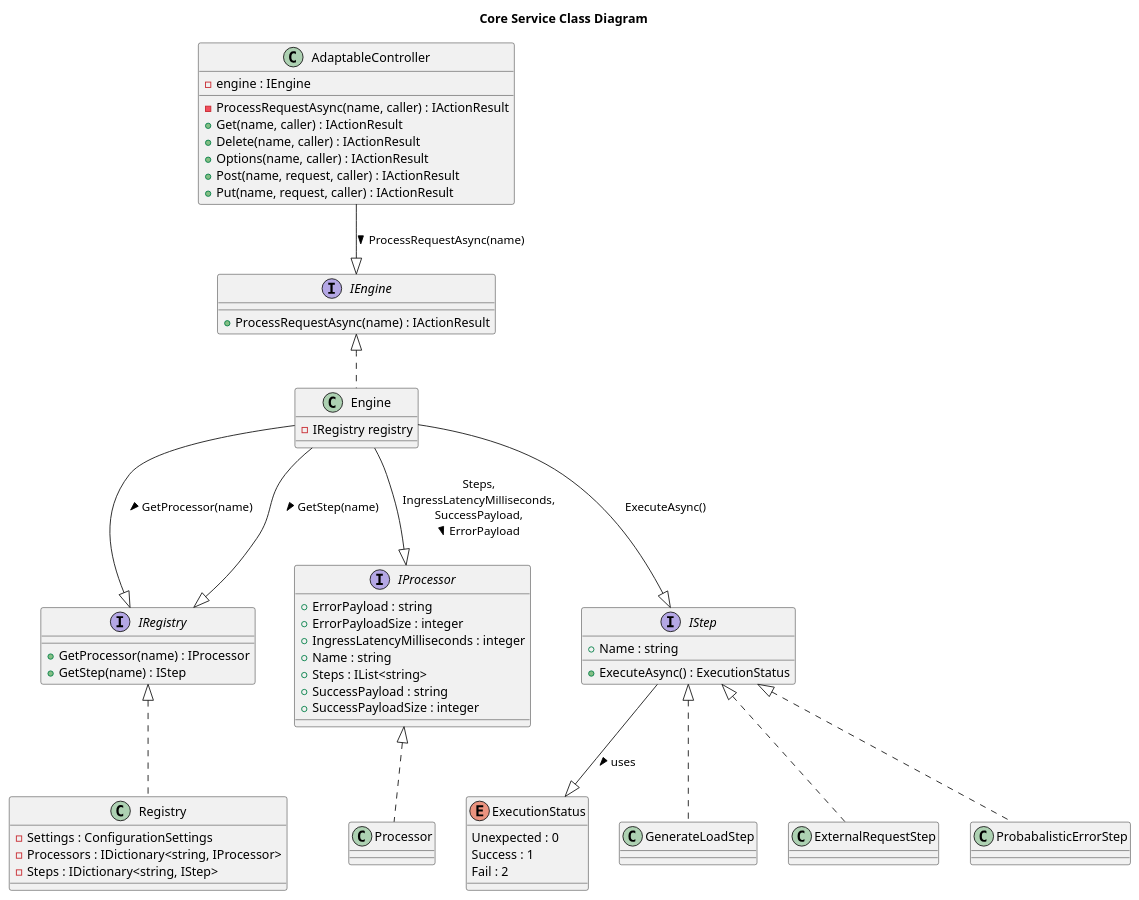
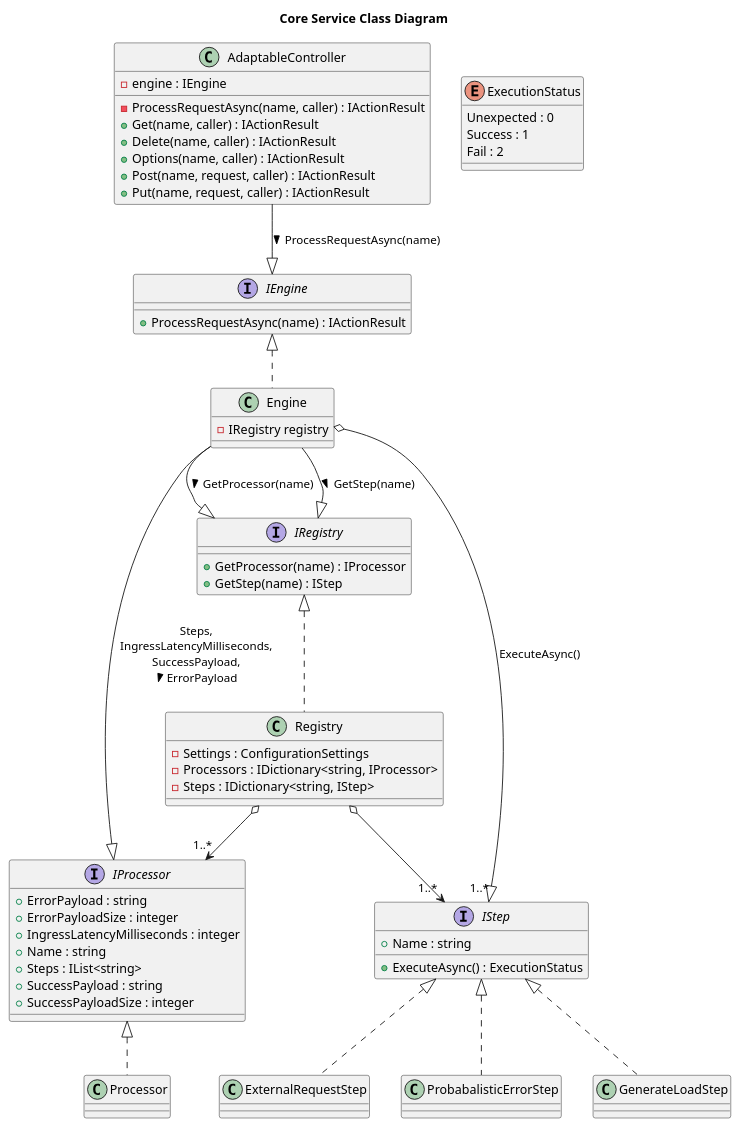
Before and after one commit to K-Cully/performance-of-microservices: the diagram in plantuml_diagrams/Class_Diagram_CoreService.wsd, drawn with PlantUML. The commit also changed 2 other files, not shown here.

Commit message:
AB#40 Update class diagram and remove redundant application level service overrides

```diff
--- a/plantuml_diagrams/Class_Diagram_CoreService.wsd
+++ b/plantuml_diagrams/Class_Diagram_CoreService.wsd
@@ -1,69 +1,70 @@
 @startuml
 title Core Service Class Diagram
 
 class AdaptableController {
     - engine : IEngine
     - ProcessRequestAsync(name, caller) : IActionResult
     + Get(name, caller) : IActionResult
     + Delete(name, caller) : IActionResult
     + Options(name, caller) : IActionResult
     + Post(name, request, caller) : IActionResult
     + Put(name, request, caller) : IActionResult
 }
 
 interface IEngine {
     + ProcessRequestAsync(name) : IActionResult
 }
 
 class Engine implements IEngine {
     - IRegistry registry
 }
 
 interface IRegistry {
     + GetProcessor(name) : IProcessor
     + GetStep(name) : IStep
 }
 
 class Registry implements IRegistry {
     - Settings : ConfigurationSettings
     - Processors : IDictionary<string, IProcessor>
     - Steps : IDictionary<string, IStep>
 }
 
 interface IProcessor {
     + ErrorPayload : string
     + ErrorPayloadSize : integer
     + IngressLatencyMilliseconds : integer
     + Name : string
     + Steps : IList<string>
     + SuccessPayload : string
     + SuccessPayloadSize : integer
 }
 
 class Processor implements IProcessor {
 }
 
 enum ExecutionStatus {
     Unexpected : 0
     Success : 1
     Fail : 2
 }
 
 interface IStep {
     + Name : string
     + ExecuteAsync() : ExecutionStatus
 }
 
-IStep --|> ExecutionStatus : uses >
-
 class GenerateLoadStep implements IStep
 class ExternalRequestStep implements IStep
 class ProbabalisticErrorStep implements IStep
 
 AdaptableController --|> IEngine : ProcessRequestAsync(name) >
 Engine --|> IRegistry : GetProcessor(name) >
 Engine --|> IProcessor : Steps,\nIngressLatencyMilliseconds,\nSuccessPayload,\nErrorPayload >
 Engine --|> IRegistry : GetStep(name) >
-Engine --|> IStep : ExecuteAsync()
+Engine o--|> "1..*" IStep : ExecuteAsync()
+
+Registry o--> "1..*" IStep
+Registry o--> "1..*" IProcessor 
 
 @enduml
```
